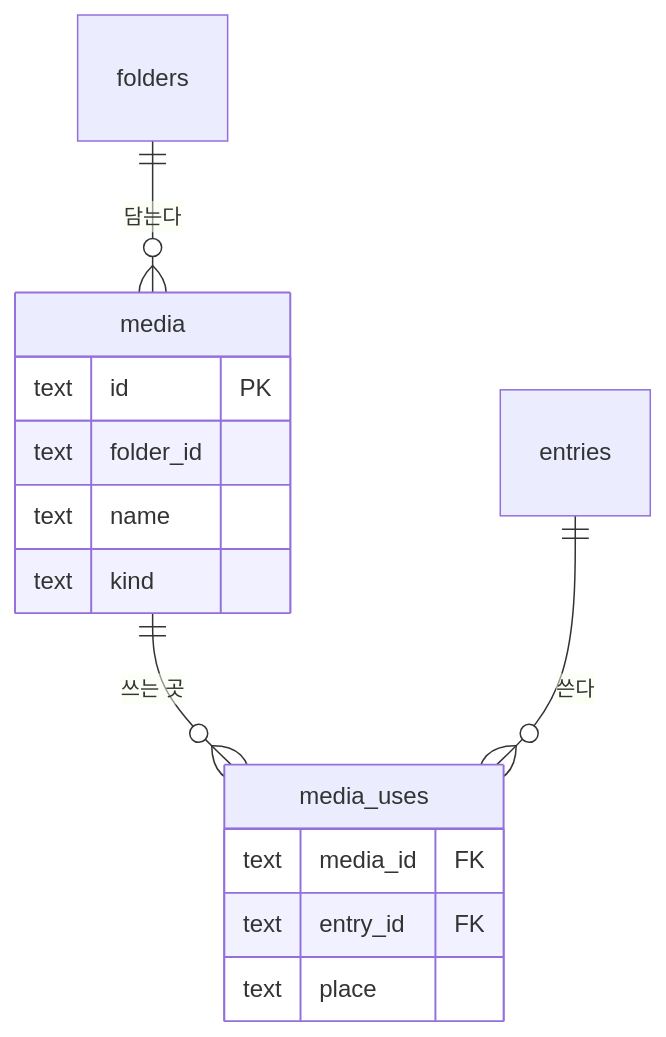
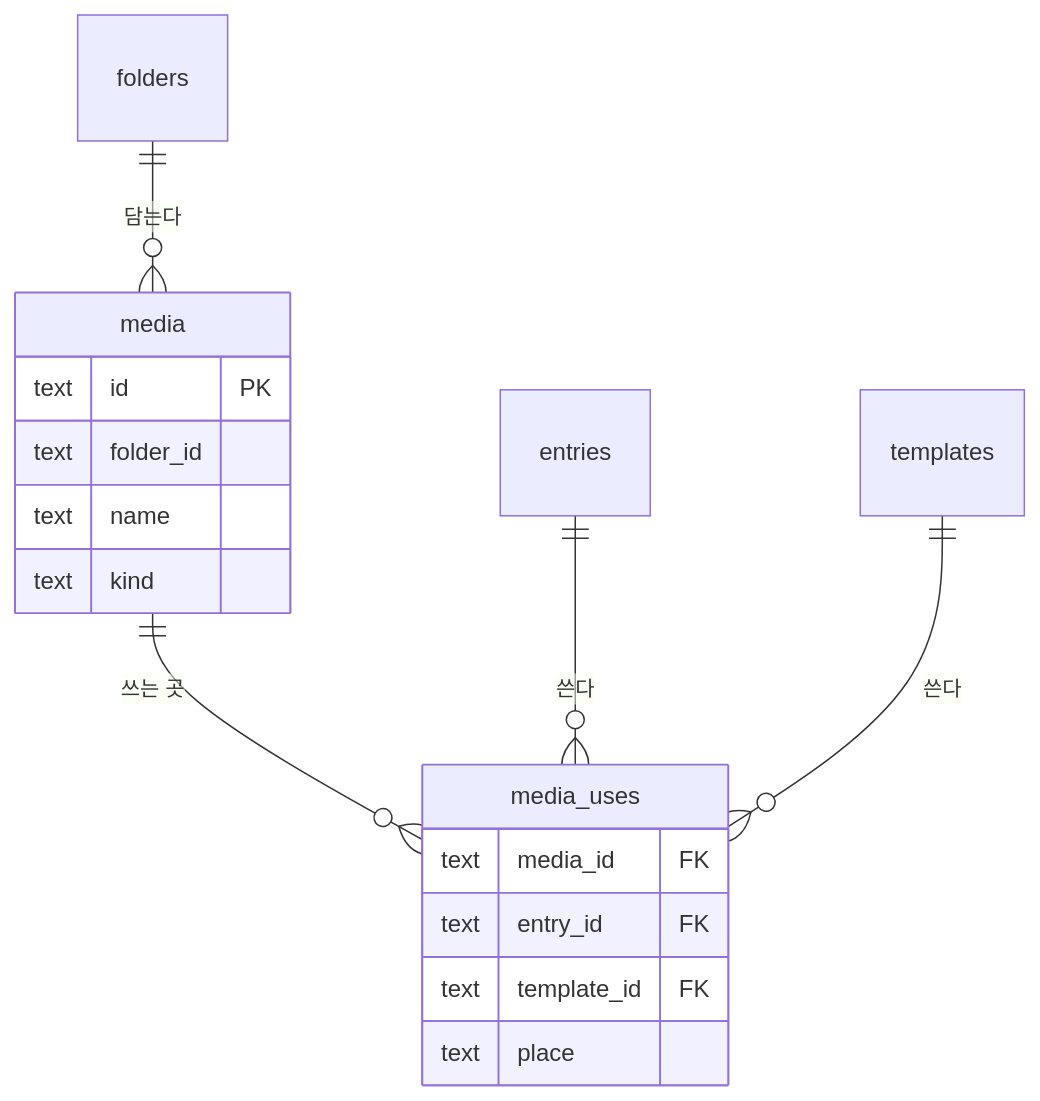
Before and after one commit to monti-cms/monti: the first of 3 diagrams in docs/design/features/09-media.md, drawn with Mermaid. The commit also changed other lines of this file and 184 other files, not shown here.

````diff
--- a/docs/design/features/09-media.md
+++ b/docs/design/features/09-media.md
@@ -48,17 +50,19 @@
 ```mermaid
 erDiagram
   media ||--o{ media_uses : "쓰는 곳"
   entries ||--o{ media_uses : "쓴다"
+  templates ||--o{ media_uses : "쓴다"
   folders ||--o{ media : "담는다"
   media {
     text id PK
     text folder_id
     text name
     text kind
   }
   media_uses {
     text media_id FK
     text entry_id FK
+    text template_id FK
     text place
   }
 ```
````
